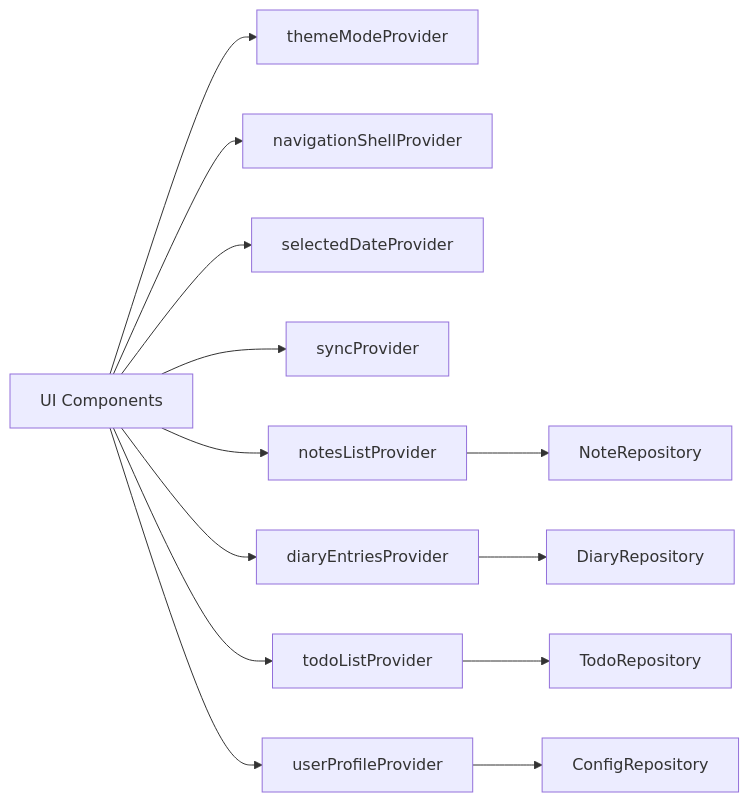
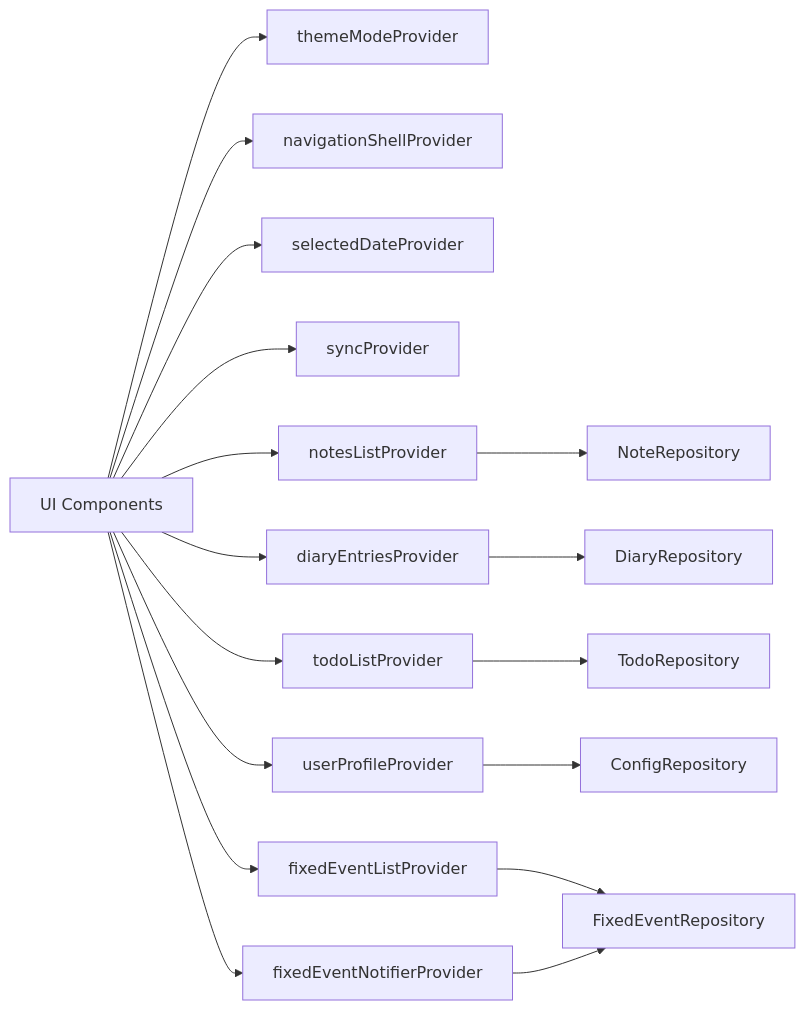
The ninth of 9 diagrams in .qoder/repowiki/en/content/Architecture Overview/State Management Architecture.md (favoroo/QNote), drawn with Mermaid before and after one commit. The commit also changed other lines of this file and 114 other files, not shown here.

````diff
--- a/.qoder/repowiki/en/content/Architecture Overview/State Management Architecture.md
+++ b/.qoder/repowiki/en/content/Architecture Overview/State Management Architecture.md
@@ -298,15 +367,19 @@
 ```mermaid
 graph LR
 UI["UI Components"] --> THEME["themeModeProvider"]
 UI --> NAV["navigationShellProvider"]
 UI --> DATE["selectedDateProvider"]
 UI --> SYNC["syncProvider"]
 UI --> NOTES["notesListProvider"]
 UI --> DIARY["diaryEntriesProvider"]
 UI --> TODO["todoListProvider"]
 UI --> USER["userProfileProvider"]
+UI --> FIXED_EVENTS["fixedEventListProvider"]
+UI --> FIXED_NOTIFIER["fixedEventNotifierProvider"]
 NOTES --> REPO_NOTES["NoteRepository"]
 DIARY --> REPO_DIARY["DiaryRepository"]
 TODO --> REPO_TODO["TodoRepository"]
 USER --> REPO_CONFIG["ConfigRepository"]
+FIXED_EVENTS --> REPO_FIXED["FixedEventRepository"]
+FIXED_NOTIFIER --> REPO_FIXED
 ```
````
